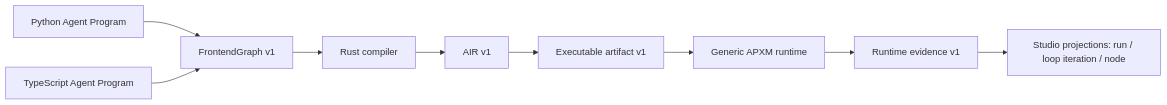
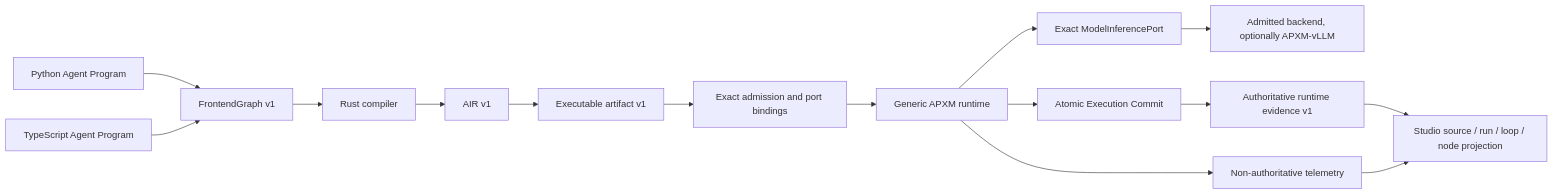
Before and after one commit to apxm-project/agents: the diagram in docs/README.md, drawn with Mermaid. The commit also changed other lines of this file and 19 other files, not shown here.

````diff
--- a/docs/README.md
+++ b/docs/README.md
@@ -16,11 +22,17 @@
 ```mermaid
 flowchart LR
     PY["Python Agent Program"] --> FG["FrontendGraph v1"]
     TS["TypeScript Agent Program"] --> FG
     FG --> C["Rust compiler"]
     C --> AIR["AIR v1"]
     AIR --> A["Executable artifact v1"]
-    A --> R["Generic APXM runtime"]
-    R --> E["Runtime evidence v1"]
-    E --> S["Studio projections: run / loop iteration / node"]
+    A --> ADM["Exact admission and port bindings"]
+    ADM --> R["Generic APXM runtime"]
+    R --> M["Exact ModelInferencePort"]
+    M --> V["Admitted backend, optionally APXM-vLLM"]
+    R --> EC["Atomic Execution Commit"]
+    EC --> E["Authoritative runtime evidence v1"]
+    R --> T["Non-authoritative telemetry"]
+    E --> S["Studio source / run / loop / node projection"]
+    T --> S
 ```
````
